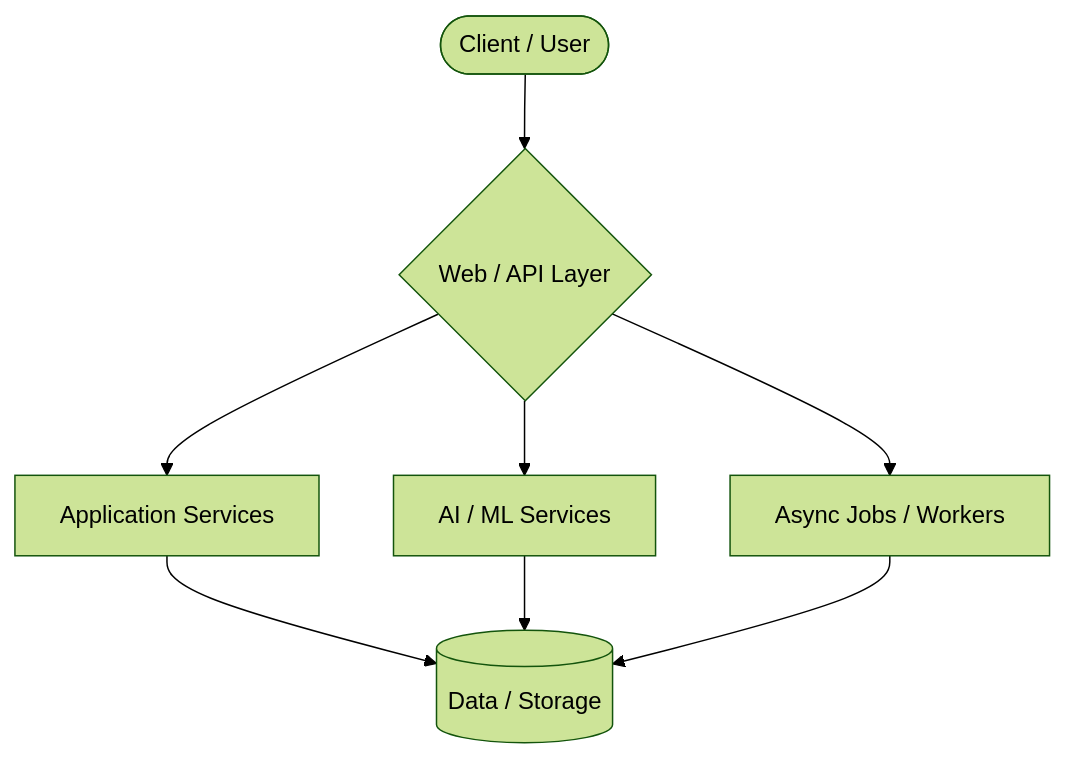
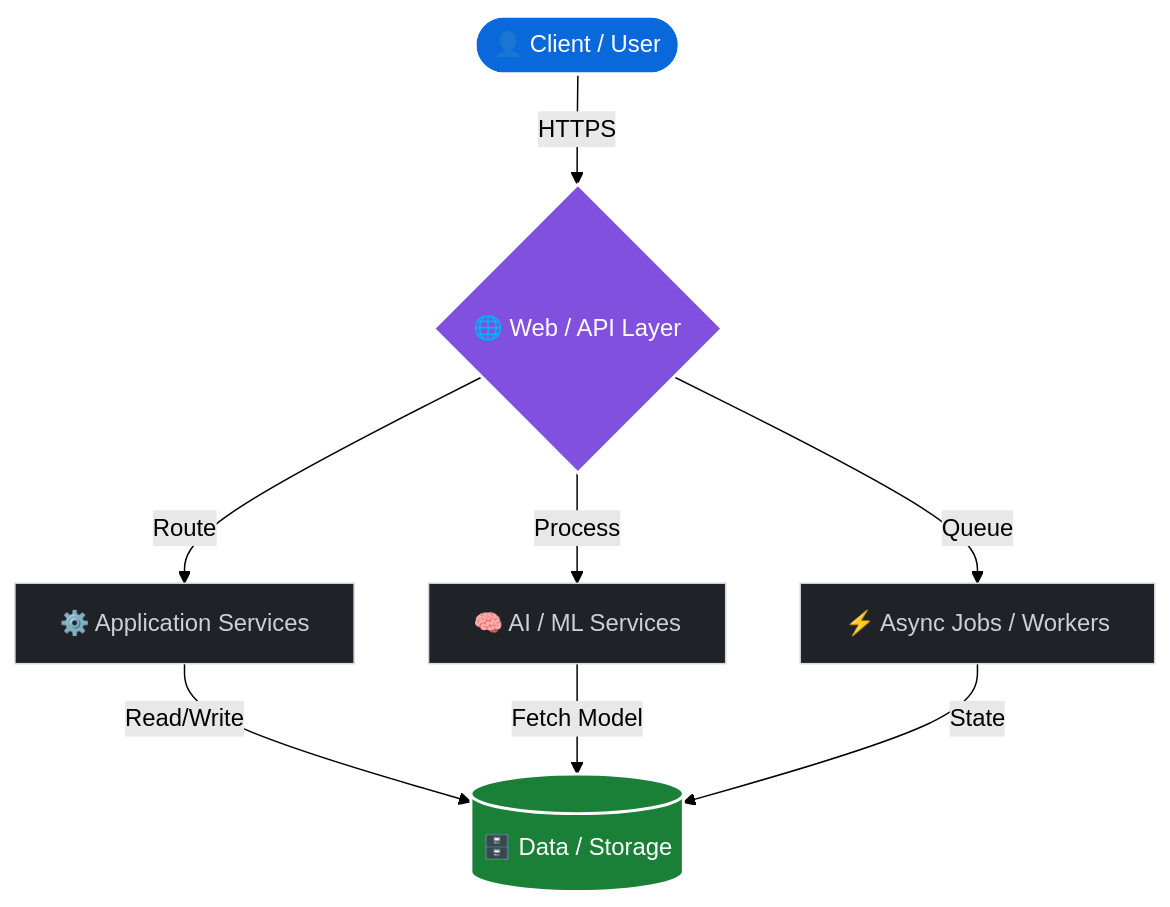
One commit to priyanshgupta5101/priyanshgupta5101 changed the diagram in README.md. Above: the diagram before and after it, drawn with Mermaid (forest theme). The commit also changed other lines of this file, not shown here.

Commit message:
style(profile): deeply enhance middle sections with badges, blockquotes, and colored mermaid diagrams

````diff
--- a/README.md
+++ b/README.md
@@ -136,12 +154,29 @@
 ```mermaid
 graph TD
-    Client([Client / User]) --> API{Web / API Layer}
+    %% Nodes
+    Client([👤 Client / User])
+    API{🌐 Web / API Layer}
+    App[⚙️ Application Services]
+    AI[🧠 AI / ML Services]
+    Worker[⚡ Async Jobs / Workers]
+    DB[(🗄️ Data / Storage)]
+
+    %% Connections
+    Client -->|HTTPS| API
+    API -->|Route| App
+    API -->|Process| AI
+    API -->|Queue| Worker
+    App -->|Read/Write| DB
+    AI -->|Fetch Model| DB
+    Worker -->|State| DB
+
+    %% Styling
+    classDef default fill:#1f2328,stroke:#d0d7de,stroke-width:1px,color:#c9d1d9
+    classDef client fill:#0969da,stroke:#fff,stroke-width:2px,color:#fff
+    classDef api fill:#8250df,stroke:#fff,stroke-width:2px,color:#fff
+    classDef db fill:#1a7f37,stroke:#fff,stroke-width:2px,color:#fff
     
-    API --> App[Application Services]
-    API --> AI[AI / ML Services]
-    API --> Worker[Async Jobs / Workers]
-    
-    App --> DB[(Data / Storage)]
-    AI --> DB
-    Worker --> DB
+    class Client client
+    class API api
+    class DB db
 ```
````
